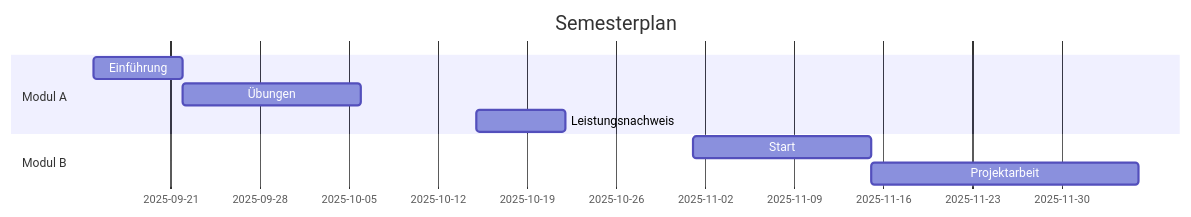
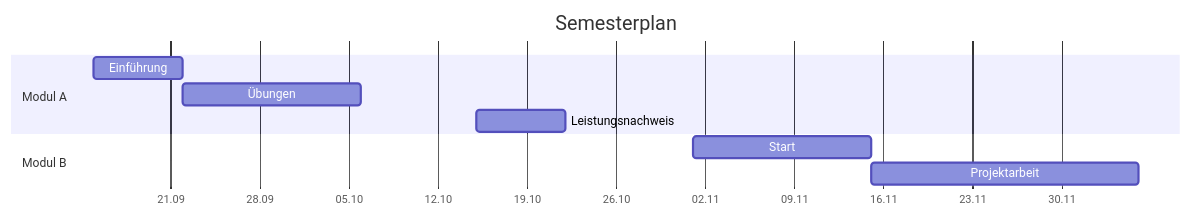
One commit to PHBern-RConrardy/hochschuldidaktik changed the fifth of 6 diagrams in 11_Mermaid.qmd. Above: the diagram before and after it, drawn with Mermaid. The commit also changed other lines of this file and 15 other files, not shown here.

````diff
--- a/11_Mermaid.qmd
+++ b/11_Mermaid.qmd
@@ -69,12 +103,13 @@
-```{mermaid}
+```mermaid
 gantt
     dateFormat  YYYY-MM-DD
+    axisFormat %d.%m
     title Semesterplan
     section Modul A
     Einführung       :a1, 2025-09-15, 7d
     Übungen          :after a1, 14d
     Leistungsnachweis:2025-10-15, 7d
     section Modul B
     Start            :2025-11-01, 14d
     Projektarbeit    :2025-11-15, 21d
 ```
````
